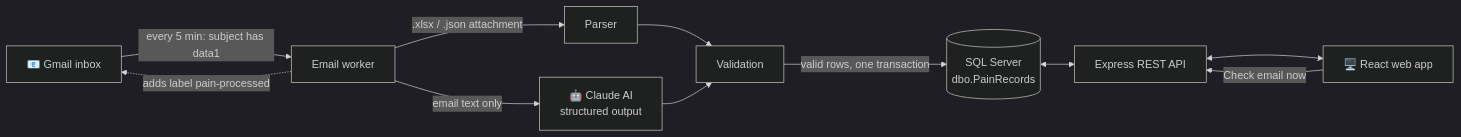
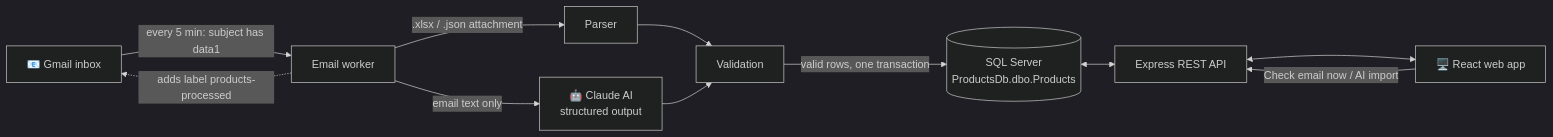
One commit to pritpalkaur/AIAutomation_agent-ai changed the first of 2 diagrams in README.md. Above: the diagram before and after it, drawn with Mermaid (dark theme). The commit also changed other lines of this file and 18 other files, not shown here.

First line of the commit message:
Switch from pain records to products (ProductsDb.dbo.Products)

````diff
--- a/README.md
+++ b/README.md
@@ -54,13 +54,13 @@
 ```mermaid
 flowchart LR
     A[📧 Gmail inbox] -->|every 5 min: subject has data1| B[Email worker]
     B -->|.xlsx / .json attachment| C[Parser]
     B -->|email text only| G[🤖 Claude AI<br/>structured output]
     C --> V[Validation]
     G --> V
-    V -->|valid rows, one transaction| D[(SQL Server<br/>dbo.PainRecords)]
-    B -.->|adds label pain-processed| A
+    V -->|valid rows, one transaction| D[(SQL Server<br/>ProductsDb.dbo.Products)]
+    B -.->|adds label products-processed| A
     D <--> E[Express REST API]
     E <--> F[🖥️ React web app]
-    F -->|Check email now| E
+    F -->|Check email now / AI import| E
 ```
````
